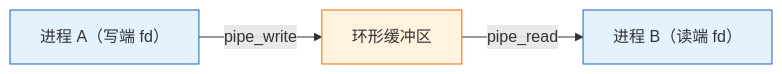
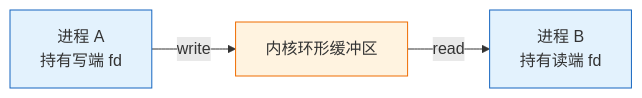
Before and after one commit to AM-SuSh/EVOLVE: the third of 4 diagrams in os-lab/labs/lab5-fs-and-sync.md, drawn with Mermaid. The commit also changed other lines of this file and 23 other files, not shown here.

````diff
--- a/os-lab/labs/lab5-fs-and-sync.md
+++ b/os-lab/labs/lab5-fs-and-sync.md
@@ -101,10 +115,10 @@
 ```mermaid
 graph LR
-    A["进程 A（写端 fd）"] -->|"pipe_write"| B["环形缓冲区"]
-    B -->|"pipe_read"| C["进程 B（读端 fd）"]
+    A["进程 A<br/>持有写端 fd"] -->|"write"| B["内核环形缓冲区"]
+    B -->|"read"| C["进程 B<br/>持有读端 fd"]
 
     classDef proc fill:#e3f2fd,stroke:#1565c0;
     classDef buf fill:#fff3e0,stroke:#ef6c00;
     class A,C proc;
     class B buf;
 ```
````
